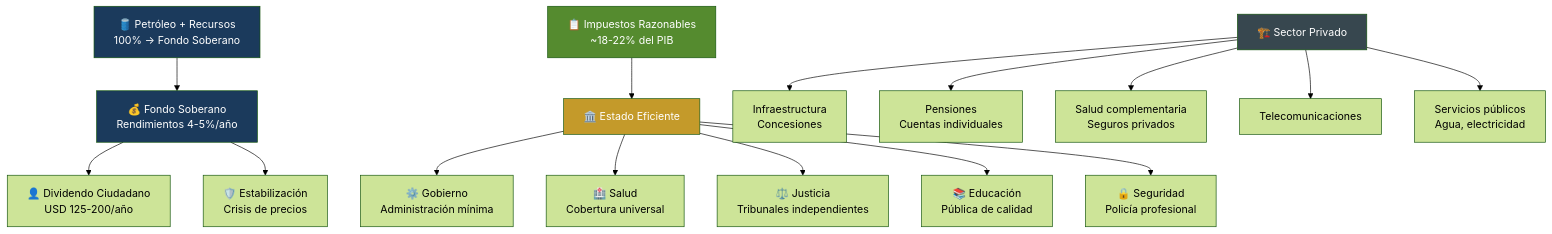
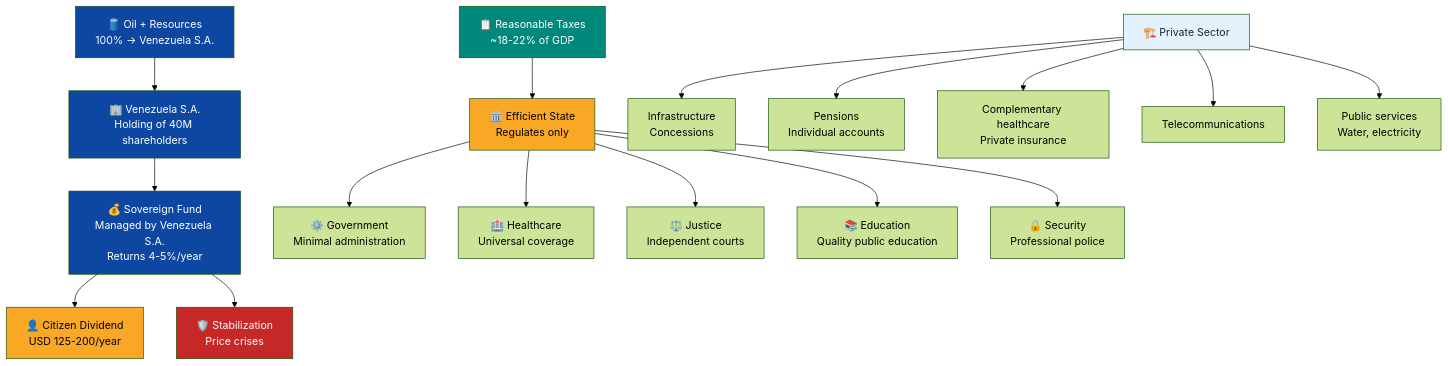
One commit to Venezuela-S-A/venezuela-sa changed the first of 14 diagrams in i18n/en/docusaurus-plugin-content-docs/current/04-gobernanza/modelo-estado.md. Above: the diagram before and after it, drawn with Mermaid (forest theme). The commit also changed other lines of this file and 127 other files, not shown here.

````diff
--- a/i18n/en/docusaurus-plugin-content-docs/current/04-gobernanza/modelo-estado.md
+++ b/i18n/en/docusaurus-plugin-content-docs/current/04-gobernanza/modelo-estado.md
@@ -29,23 +29,27 @@
 ```mermaid
 flowchart TD
-    OIL["🛢️ Petróleo + Recursos<br/>100% → Fondo Soberano"] --> FUND["💰 Fondo Soberano<br/>Rendimientos 4-5%/año"]
-    TAX["📋 Impuestos Razonables<br/>~18-22% del PIB"] --> STATE["🏛️ Estado Eficiente"]
-    FUND --> DIV["👤 Dividendo Ciudadano<br/>USD 125-200/año"]
-    FUND --> STAB["🛡️ Estabilización<br/>Crisis de precios"]
-    STATE --> S1["⚙️ Gobierno<br/>Administración mínima"]
-    STATE --> S2["🏥 Salud<br/>Cobertura universal"]
-    STATE --> S3["⚖️ Justicia<br/>Tribunales independientes"]
-    STATE --> S4["📚 Educación<br/>Pública de calidad"]
-    STATE --> S5["🔒 Seguridad<br/>Policía profesional"]
-    PRIV["🏗️ Sector Privado"] --> I1["Infraestructura<br/>Concesiones"]
-    PRIV --> I2["Pensiones<br/>Cuentas individuales"]
-    PRIV --> I3["Salud complementaria<br/>Seguros privados"]
-    PRIV --> I4["Telecomunicaciones"]
-    PRIV --> I5["Servicios públicos<br/>Agua, electricidad"]
+    OIL["🛢️ Oil + Resources<br/>100% → Venezuela S.A."] --> VSA["🏢 Venezuela S.A.<br/>Holding of 40M shareholders"]
+    VSA --> FUND["💰 Sovereign Fund<br/>Managed by Venezuela S.A.<br/>Returns 4-5%/year"]
+    TAX["📋 Reasonable Taxes<br/>~18-22% of GDP"] --> STATE["🏛️ Efficient State<br/>Regulates only"]
+    FUND --> DIV["👤 Citizen Dividend<br/>USD 125-200/year"]
+    FUND --> STAB["🛡️ Stabilization<br/>Price crises"]
+    STATE --> S1["⚙️ Government<br/>Minimal administration"]
+    STATE --> S2["🏥 Healthcare<br/>Universal coverage"]
+    STATE --> S3["⚖️ Justice<br/>Independent courts"]
+    STATE --> S4["📚 Education<br/>Quality public education"]
+    STATE --> S5["🔒 Security<br/>Professional police"]
+    PRIV["🏗️ Private Sector"] --> I1["Infrastructure<br/>Concessions"]
+    PRIV --> I2["Pensions<br/>Individual accounts"]
+    PRIV --> I3["Complementary healthcare<br/>Private insurance"]
+    PRIV --> I4["Telecommunications"]
+    PRIV --> I5["Public services<br/>Water, electricity"]
 
-    style OIL fill:#1B3A5C,color:#fff
-    style TAX fill:#558b2f,color:#fff
-    style STATE fill:#C49A2A,color:#fff
-    style FUND fill:#1B3A5C,color:#fff
-    style PRIV fill:#37474f,color:#fff
+    style OIL fill:#0D47A1,color:#fff
+    style VSA fill:#0D47A1,color:#fff
+    style TAX fill:#00897B,color:#fff
+    style STATE fill:#F9A825,color:#000
+    style FUND fill:#0D47A1,color:#fff
+    style PRIV fill:#E3F2FD,color:#1B2631
+    style DIV fill:#F9A825,color:#000
+    style STAB fill:#C62828,color:#fff
 ```
````
